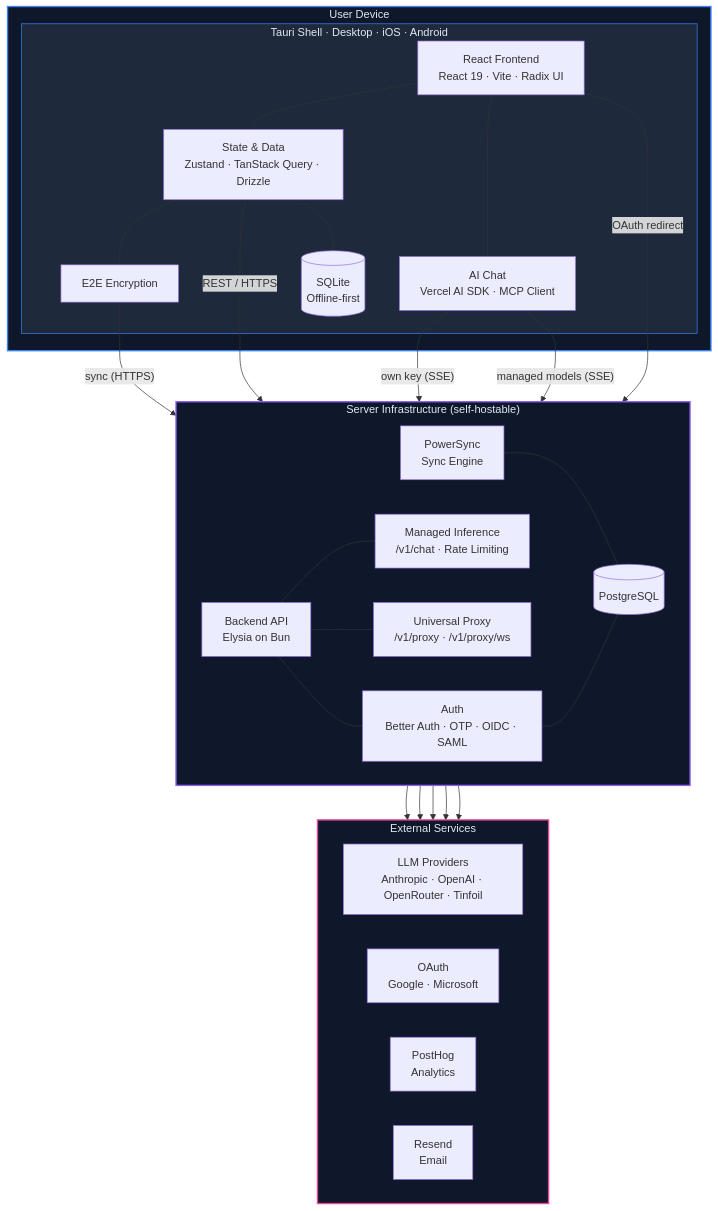
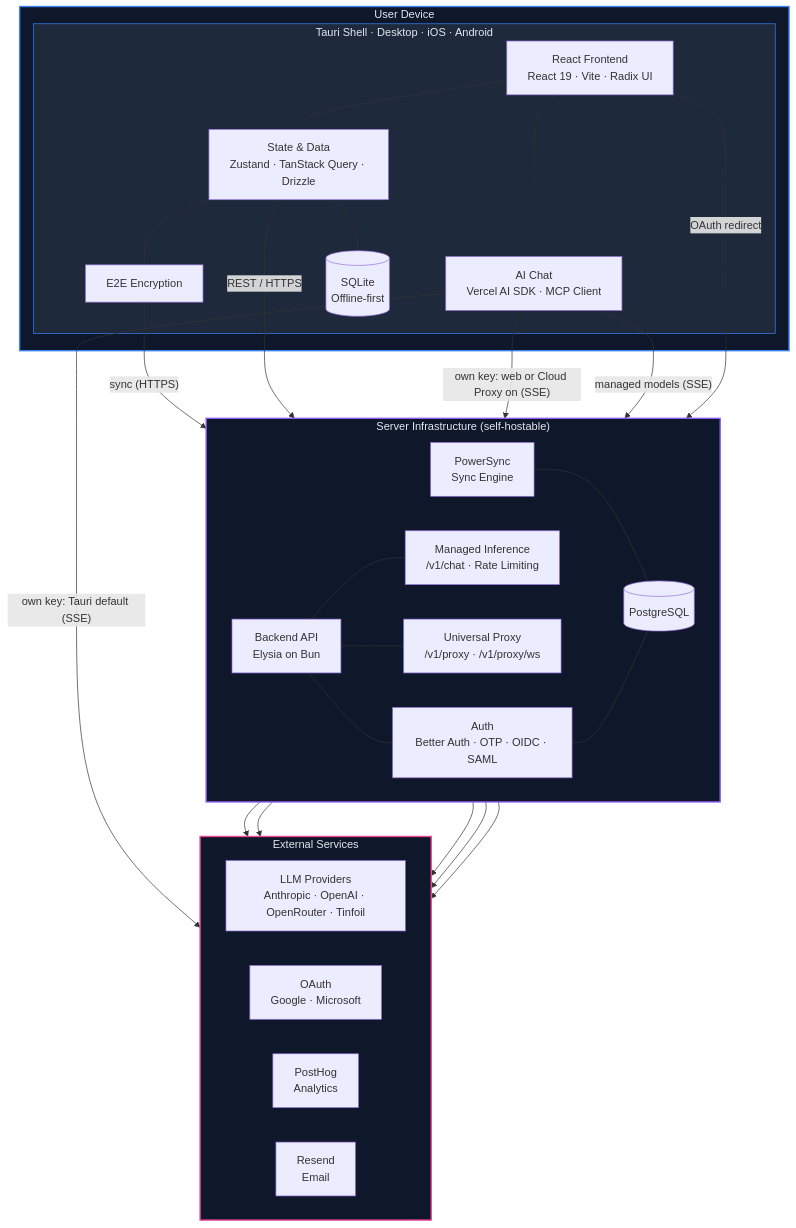
Before and after one commit to Chroma01/thunderbolt: the diagram in docs/internals/architecture/README.md, drawn with Mermaid. The commit also changed other lines of this file and 61 other files, not shown here.

````diff
--- a/docs/internals/architecture/README.md
+++ b/docs/internals/architecture/README.md
@@ -15,58 +15,59 @@
 ```mermaid
 graph TB
   subgraph LOCAL["User Device"]
     subgraph TAURI["Tauri Shell · Desktop · iOS · Android"]
       UI["React Frontend<br/>React 19 · Vite · Radix UI"]
       STATE["State & Data<br/>Zustand · TanStack Query · Drizzle"]
       AI["AI Chat<br/>Vercel AI SDK · MCP Client"]
       CRYPTO["E2E Encryption"]
       SQLITE[("SQLite<br/>Offline-first")]
 
       UI --- STATE
       UI --- AI
       STATE --- SQLITE
       STATE --- CRYPTO
     end
   end
 
   subgraph SERVER["Server Infrastructure (self-hostable)"]
     direction LR
     API["Backend API<br/>Elysia on Bun"]
     AUTH["Auth<br/>Better Auth · OTP · OIDC · SAML"]
     PROXY["Universal Proxy<br/>/v1/proxy · /v1/proxy/ws"]
     INFERENCE["Managed Inference<br/>/v1/chat · Rate Limiting"]
     PS["PowerSync<br/>Sync Engine"]
     PG[("PostgreSQL")]
 
     API --- AUTH
     API --- INFERENCE
     API --- PROXY
     PS --- PG
     AUTH --- PG
   end
 
   subgraph EXTERNAL["External Services"]
     direction LR
     LLM["LLM Providers<br/>Anthropic · OpenAI · OpenRouter · Tinfoil"]
     OAUTH["OAuth<br/>Google · Microsoft"]
     POSTHOG["PostHog<br/>Analytics"]
     RESEND["Resend<br/>Email"]
   end
 
   CRYPTO -- "sync (HTTPS)" --> PS
   STATE -- "REST / HTTPS" --> API
-  AI -- "own key (SSE)" --> PROXY
+  AI -- "own key: web or Cloud Proxy on (SSE)" --> PROXY
+  AI -- "own key: Tauri default (SSE)" --> LLM
   AI -- "managed models (SSE)" --> INFERENCE
   UI -- "OAuth redirect" --> AUTH
 
   PROXY --> LLM
   INFERENCE --> LLM
   AUTH --> OAUTH
   API --> POSTHOG
   API --> RESEND
 
   style LOCAL fill:#0f172a,stroke:#3b82f6,stroke-width:2px,color:#e2e8f0
   style TAURI fill:#1e293b,stroke:#3b82f6,stroke-width:1px,color:#e2e8f0
   style SERVER fill:#0f172a,stroke:#8b5cf6,stroke-width:2px,color:#e2e8f0
   style EXTERNAL fill:#0f172a,stroke:#ec4899,stroke-width:2px,color:#e2e8f0
 ```
````
